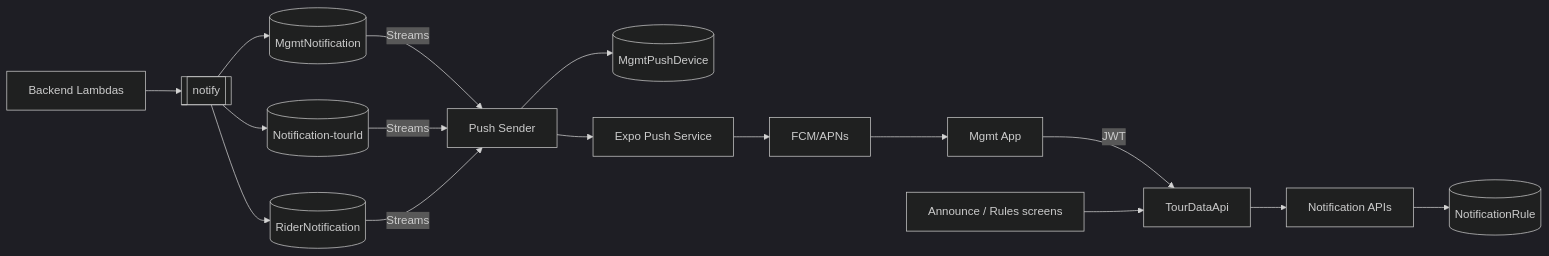
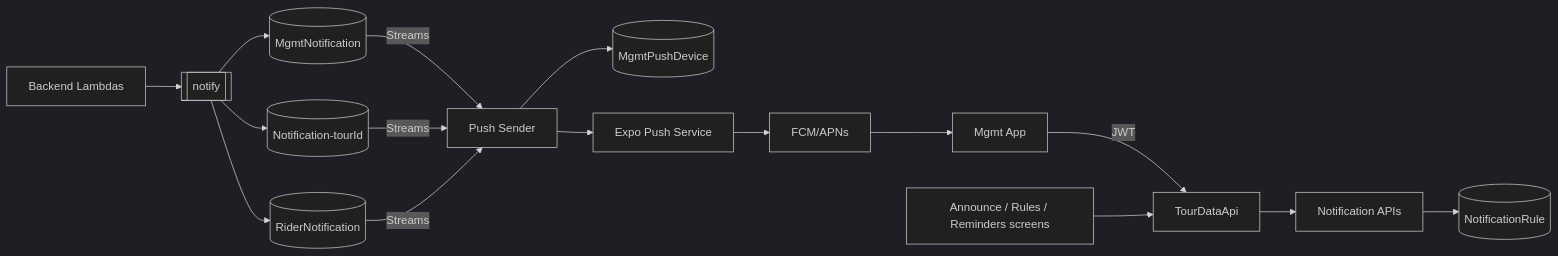
Before and after one commit to kvijay77-in/tour-mgmt-app: the diagram in docs/notification-design-reference.md, drawn with Mermaid (dark theme). The commit also changed other lines of this file and 2 other files, not shown here.

Commit message:
Update docs for notification enhancement changes

````diff
--- a/docs/notification-design-reference.md
+++ b/docs/notification-design-reference.md
@@ -10,9 +10,9 @@
 ```mermaid
 flowchart LR
   MA[Mgmt App] -- JWT --> MAPI[TourDataApi] --> NAPI[Notification APIs]
-  ADM[Announce / Rules screens] --> MAPI
+  ADM[Announce / Rules / Reminders screens] --> MAPI
   BL[Backend Lambdas] --> NS[[notify]] --> MN[(MgmtNotification)] & TN[(Notification-tourId)] & RN[(RiderNotification)]
   NAPI --> NR[(NotificationRule)]
   MN & TN & RN -- Streams --> SND[Push Sender] --> MPD[(MgmtPushDevice)]
   SND --> EXPO[Expo Push Service] --> FCM[FCM/APNs] --> MA
 ```
````
